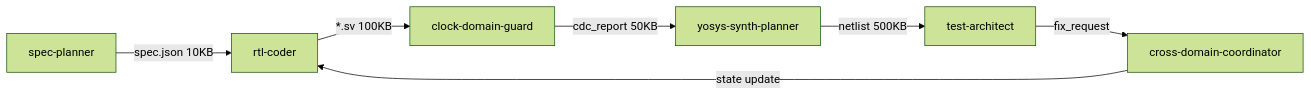
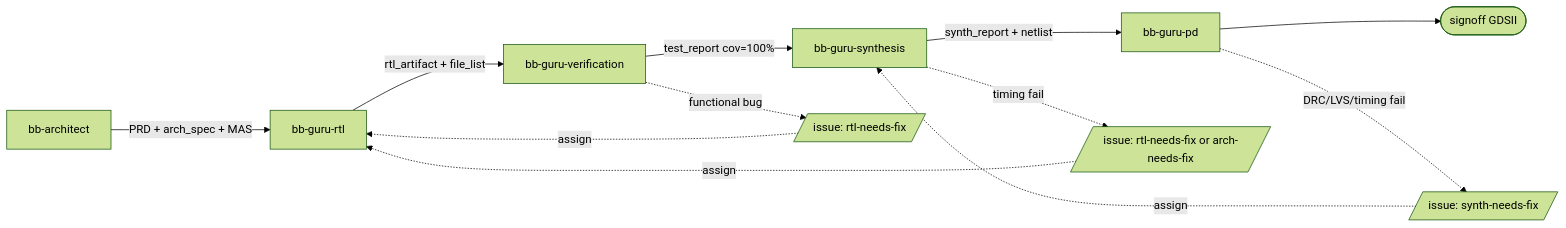
Before and after one commit to amoslee2026/Babel: the second of 4 diagrams in harness_spec/idea/design_doc.md, drawn with Mermaid (forest theme). The commit also changed other lines of this file, not shown here.

Commit message:
feat(spec): design_doc.md v1.3.0 — 5 agents + PD + ic-* skill reuse + 100% cov

````diff
--- a/harness_spec/idea/design_doc.md
+++ b/harness_spec/idea/design_doc.md
@@ -154,9 +166,15 @@
 ```mermaid
 flowchart LR
-    A["spec-planner"] -->|spec.json 10KB| B["rtl-coder"]
-    B -->|*.sv 100KB| C["clock-domain-guard"]
-    C -->|cdc_report 50KB| D["yosys-synth-planner"]
-    D -->|netlist 500KB| E["test-architect"]
-    E -->|fix_request| F["cross-domain-coordinator"]
-    F -->|state update| B
+    A["bb-architect"] -->|PRD + arch_spec + MAS| B["bb-guru-rtl"]
+    B -->|rtl_artifact + file_list| C["bb-guru-verification"]
+    C -->|test_report cov=100%| D["bb-guru-synthesis"]
+    D -->|synth_report + netlist| E["bb-guru-pd"]
+    E --> F([signoff GDSII])
+
+    C -.functional bug.-> i1[/issue: rtl-needs-fix/]
+    D -.timing fail.-> i2[/issue: rtl-needs-fix or arch-needs-fix/]
+    E -.DRC/LVS/timing fail.-> i3[/issue: synth-needs-fix/]
+    i1 -.assign.-> B
+    i2 -.assign.-> B
+    i3 -.assign.-> D
 ```
````
